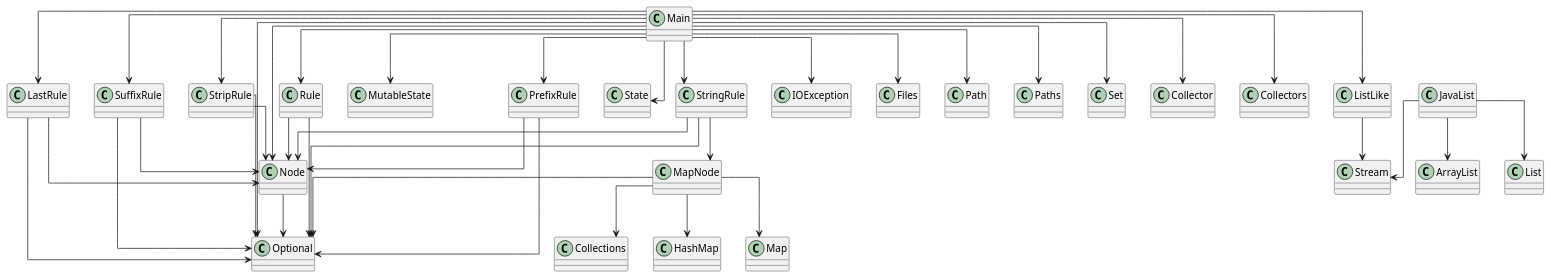
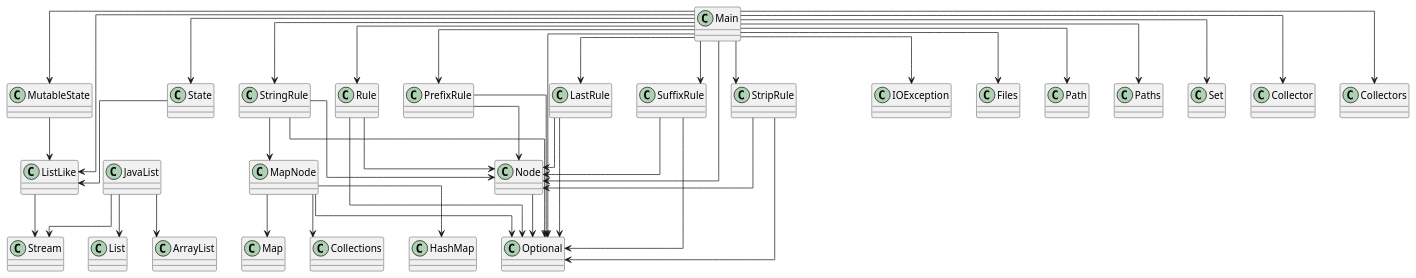
Before and after one commit to SirMathhman/Magma: the diagram in diagram.puml, drawn with PlantUML. The commit also changed 5 other files, not shown here.

```diff
--- a/diagram.puml
+++ b/diagram.puml
@@ -1,57 +1,59 @@
 @startuml
 skinparam linetype ortho
+class ListLike
+ListLike --> Stream
 class Node
 Node --> Optional
 class StripRule
 StripRule --> Node
 StripRule --> Optional
+class JavaList
+JavaList --> ArrayList
+JavaList --> List
+JavaList --> Stream
 class Rule
 Rule --> Node
 Rule --> Optional
 class StringRule
 StringRule --> MapNode
 StringRule --> Node
 StringRule --> Optional
 class PrefixRule
 PrefixRule --> Node
 PrefixRule --> Optional
 class MutableState
-class ListLike
-ListLike --> Stream
+MutableState --> ListLike
 class Main
 Main --> LastRule
 Main --> ListLike
 Main --> MutableState
 Main --> PrefixRule
 Main --> Rule
 Main --> State
 Main --> StringRule
 Main --> StripRule
 Main --> SuffixRule
 Main --> Node
 Main --> IOException
 Main --> Files
 Main --> Path
 Main --> Paths
 Main --> Optional
 Main --> Set
 Main --> Collector
 Main --> Collectors
-class JavaList
-JavaList --> ArrayList
-JavaList --> List
-JavaList --> Stream
 class MapNode
 MapNode --> Collections
 MapNode --> HashMap
 MapNode --> Map
 MapNode --> Optional
 class LastRule
 LastRule --> Node
 LastRule --> Optional
 class SuffixRule
 SuffixRule --> Node
 SuffixRule --> Optional
 class State
+State --> ListLike
 
 @enduml
```
